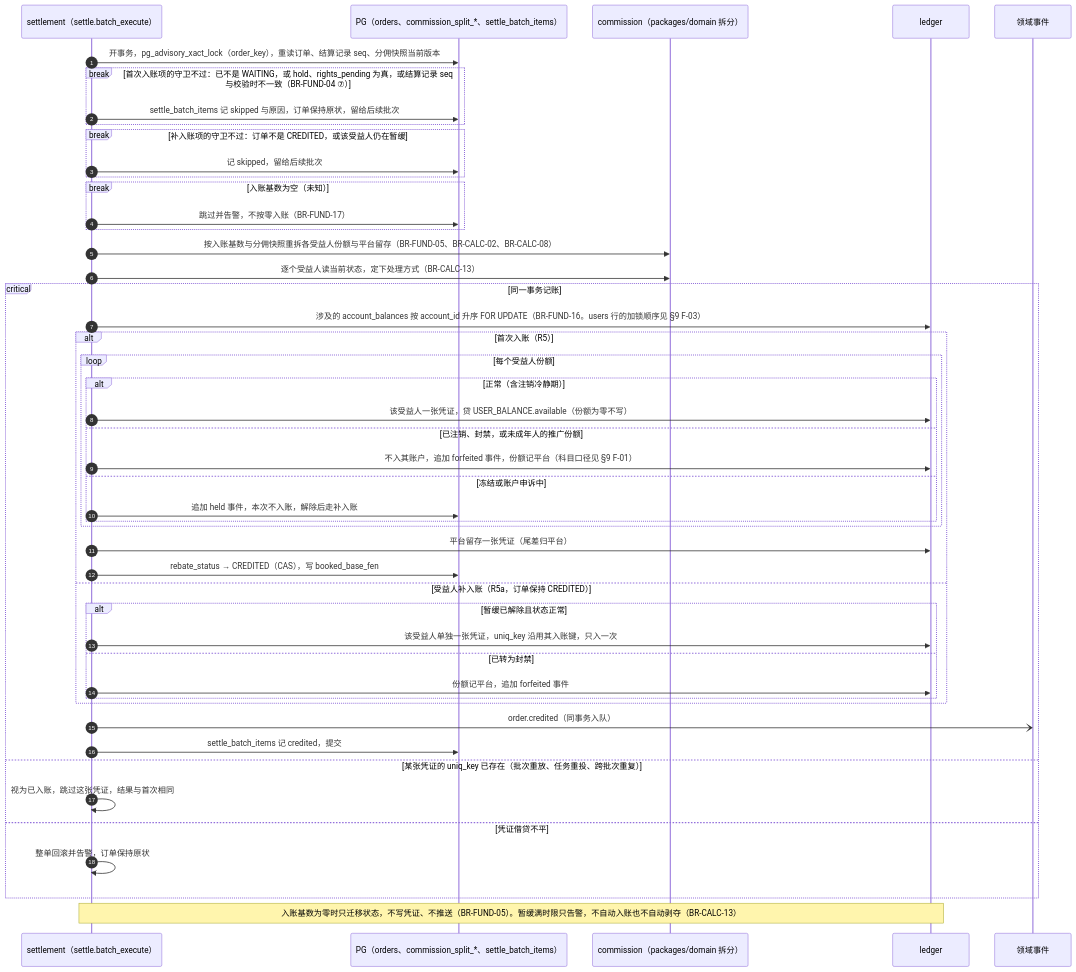
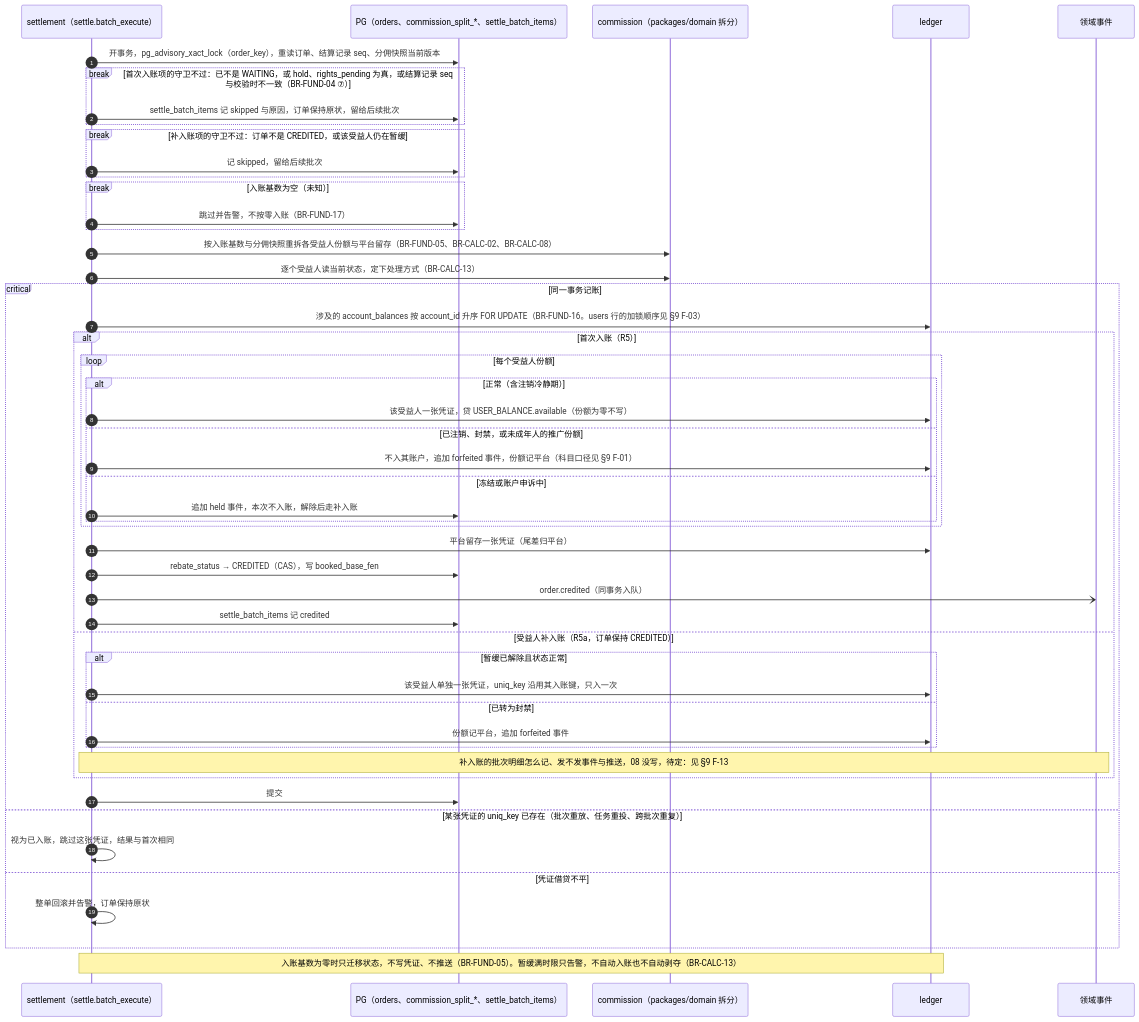
Diagram 18 of 41 in 规划/12_关键流程与状态图.md (zora4523-bot/couli), drawn with Mermaid before and after one commit. The commit also changed other lines of this file, not shown here.

````diff
--- a/规划/12_关键流程与状态图.md
+++ b/规划/12_关键流程与状态图.md
@@ -1241,51 +1241,53 @@
 ```mermaid
 sequenceDiagram
   autonumber
   participant T as settlement（settle.batch_execute）
   participant DB as PG（orders、commission_split_*、settle_batch_items）
   participant M as commission（packages/domain 拆分）
   participant L as ledger
   participant EV as 领域事件
 
   T->>DB: 开事务，pg_advisory_xact_lock（order_key），重读订单、结算记录 seq、分佣快照当前版本
   break 首次入账项的守卫不过：已不是 WAITING，或 hold、rights_pending 为真，或结算记录 seq 与校验时不一致（BR-FUND-04 ⑦）
     T->>DB: settle_batch_items 记 skipped 与原因，订单保持原状，留给后续批次
   end
   break 补入账项的守卫不过：订单不是 CREDITED，或该受益人仍在暂缓
     T->>DB: 记 skipped，留给后续批次
   end
   break 入账基数为空（未知）
     T->>DB: 跳过并告警，不按零入账（BR-FUND-17）
   end
   T->>M: 按入账基数与分佣快照重拆各受益人份额与平台留存（BR-FUND-05、BR-CALC-02、BR-CALC-08）
   T->>M: 逐个受益人读当前状态，定下处理方式（BR-CALC-13）
   critical 同一事务记账
     T->>L: 涉及的 account_balances 按 account_id 升序 FOR UPDATE（BR-FUND-16。users 行的加锁顺序见 §9 F-03）
     alt 首次入账（R5）
       loop 每个受益人份额
         alt 正常（含注销冷静期）
           T->>L: 该受益人一张凭证，贷 USER_BALANCE.available（份额为零不写）
         else 已注销、封禁，或未成年人的推广份额
           T->>L: 不入其账户，追加 forfeited 事件，份额记平台（科目口径见 §9 F-01）
         else 冻结或账户申诉中
           T->>DB: 追加 held 事件，本次不入账，解除后走补入账
         end
       end
       T->>L: 平台留存一张凭证（尾差归平台）
       T->>DB: rebate_status → CREDITED（CAS），写 booked_base_fen
+      T-)EV: order.credited（同事务入队）
+      T->>DB: settle_batch_items 记 credited
     else 受益人补入账（R5a，订单保持 CREDITED）
       alt 暂缓已解除且状态正常
         T->>L: 该受益人单独一张凭证，uniq_key 沿用其入账键，只入一次
       else 已转为封禁
         T->>L: 份额记平台，追加 forfeited 事件
       end
+      Note over T,EV: 补入账的批次明细怎么记、发不发事件与推送，08 没写，待定：见 §9 F-13
     end
-    T-)EV: order.credited（同事务入队）
-    T->>DB: settle_batch_items 记 credited，提交
+    T->>DB: 提交
   option 某张凭证的 uniq_key 已存在（批次重放、任务重投、跨批次重复）
     T->>T: 视为已入账，跳过这张凭证，结果与首次相同
   option 凭证借贷不平
     T->>T: 整单回滚并告警，订单保持原状
   end
   Note over T,L: 入账基数为零时只迁移状态，不写凭证、不推送（BR-FUND-05）。暂缓满时限只告警，不自动入账也不自动剥夺（BR-CALC-13）
 ```
````
